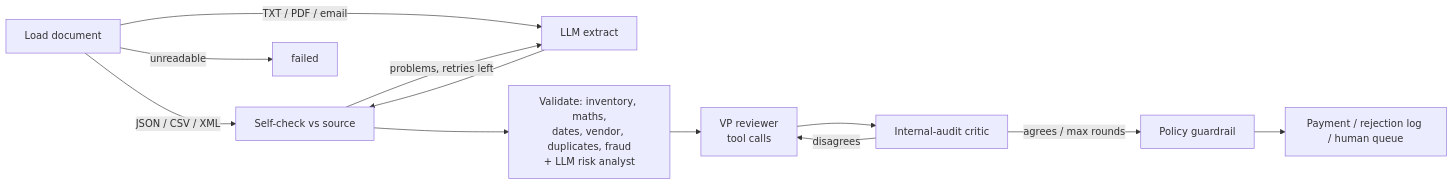
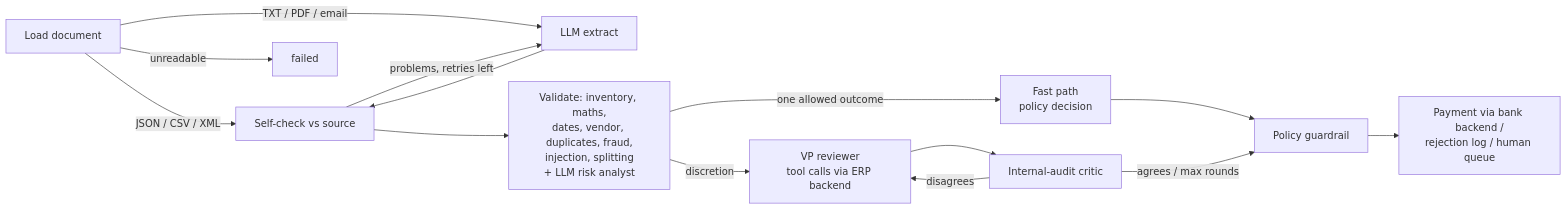
One commit to devyanshnegi/galatiq-case-invoices changed the diagram in README.md. Above: the diagram before and after it, drawn with Mermaid. The commit also changed other lines of this file and 42 other files, not shown here.

````diff
--- a/README.md
+++ b/README.md
@@ -80,14 +138,16 @@
 ```mermaid
 flowchart LR
     load[Load document] -->|JSON / CSV / XML| qa
     load -->|TXT / PDF / email| extract[LLM extract]
     load -->|unreadable| failed
     extract --> qa[Self-check vs source]
     qa -->|problems, retries left| extract
-    qa --> validate[Validate: inventory, maths,<br/>dates, vendor, duplicates, fraud<br/>+ LLM risk analyst]
-    validate --> review[VP reviewer<br/>tool calls]
+    qa --> validate[Validate: inventory, maths,<br/>dates, vendor, duplicates, fraud,<br/>injection, splitting<br/>+ LLM risk analyst]
+    validate -->|one allowed outcome| fast[Fast path<br/>policy decision]
+    fast --> guard
+    validate -->|discretion| review[VP reviewer<br/>tool calls via ERP backend]
     review --> critic[Internal-audit critic]
     critic -->|disagrees| review
     critic -->|agrees / max rounds| guard[Policy guardrail]
-    guard --> pay[Payment / rejection log / human queue]
+    guard --> pay[Payment via bank backend /<br/>rejection log / human queue]
 ```
````
